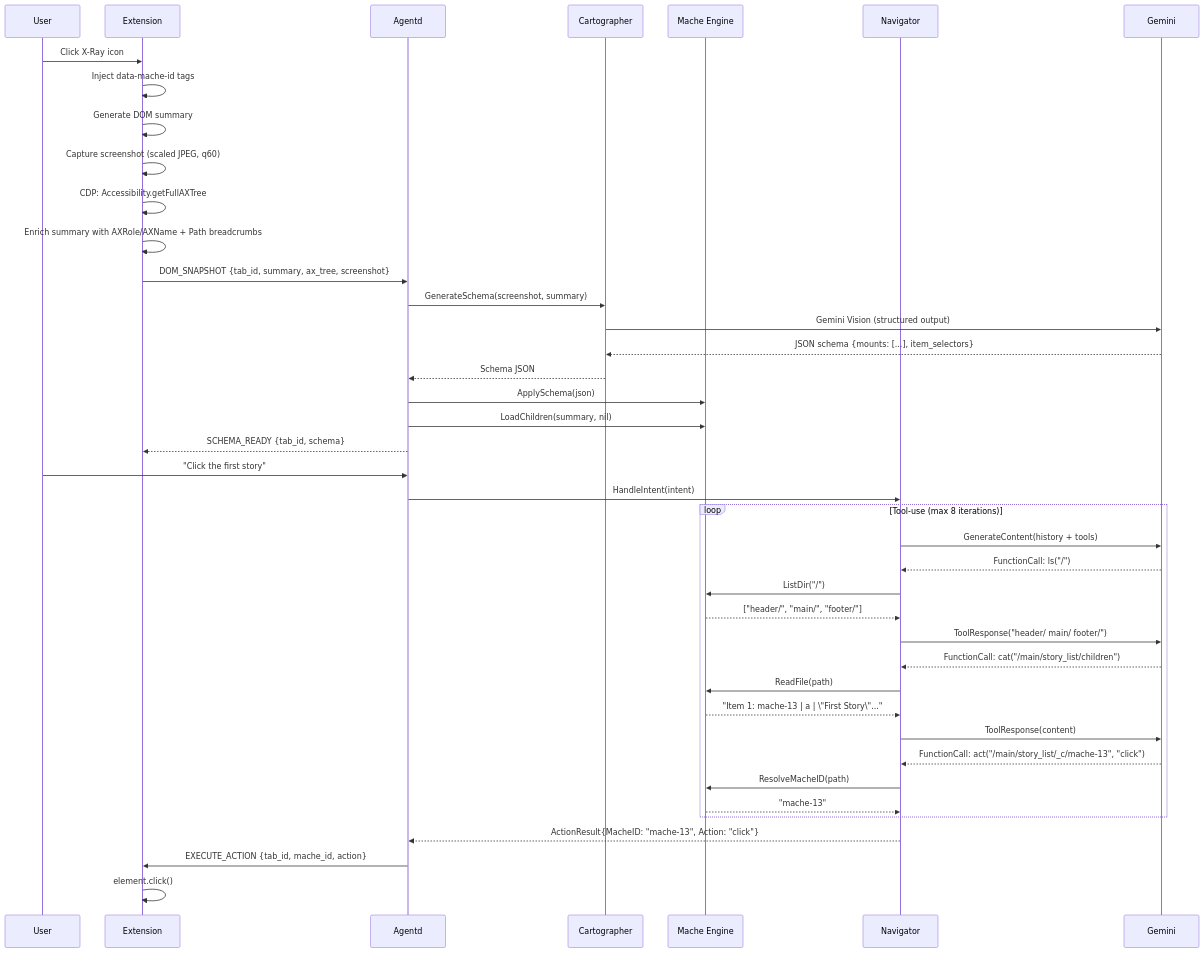
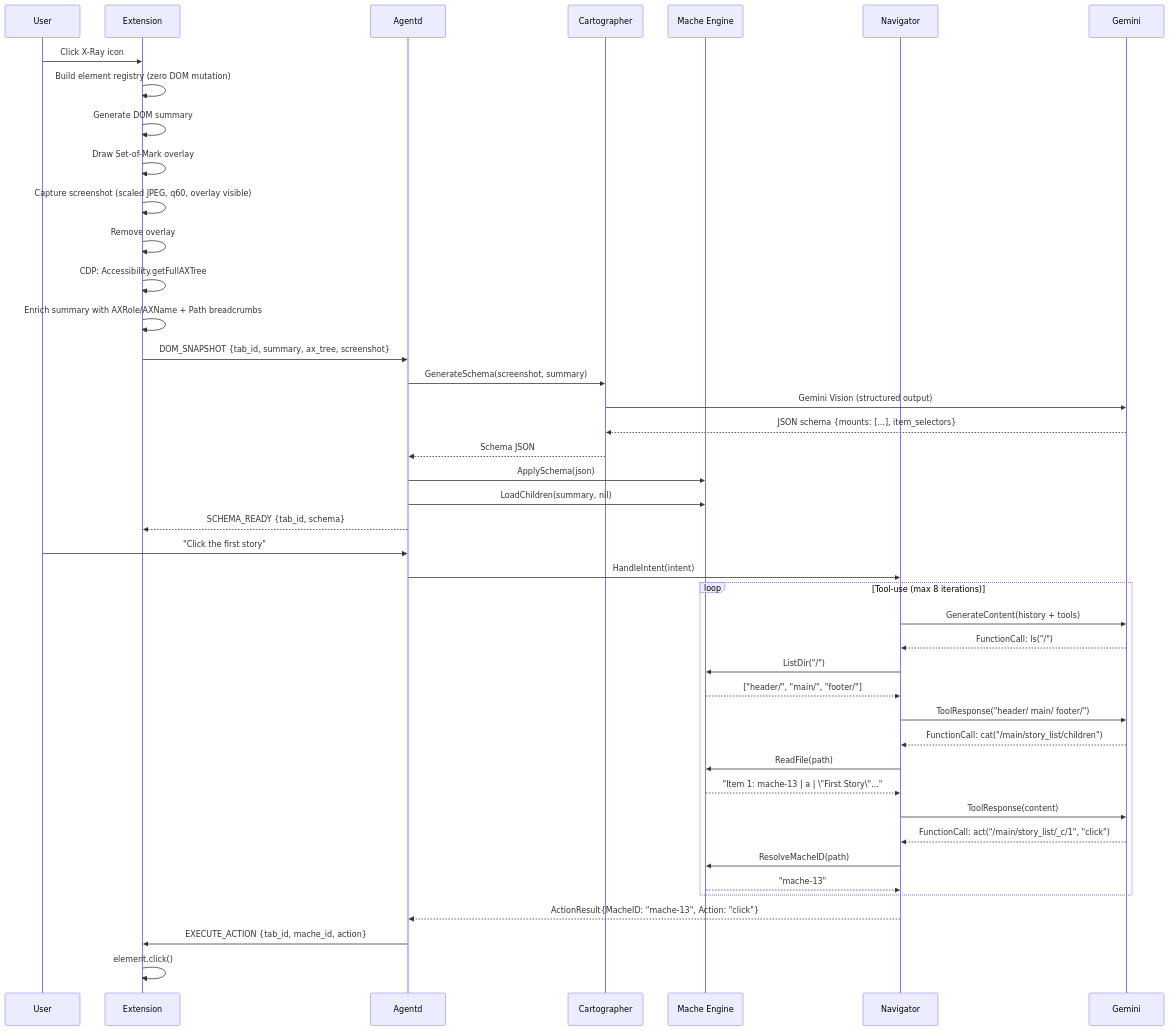
The second of 5 diagrams in docs/ARCHITECTURE.md (agentic-research/x-ray), drawn with Mermaid before and after one commit. The commit also changed other lines of this file and 8 other files, not shown here.

````diff
--- a/docs/ARCHITECTURE.md
+++ b/docs/ARCHITECTURE.md
@@ -54,51 +54,53 @@
 ```mermaid
 sequenceDiagram
     participant U as User
     participant E as Extension
     participant A as Agentd
     participant C as Cartographer
     participant M as Mache Engine
     participant N as Navigator
     participant G as Gemini
 
     U->>E: Click X-Ray icon
-    E->>E: Inject data-mache-id tags
+    E->>E: Build element registry (zero DOM mutation)
     E->>E: Generate DOM summary
-    E->>E: Capture screenshot (scaled JPEG, q60)
+    E->>E: Draw Set-of-Mark overlay
+    E->>E: Capture screenshot (scaled JPEG, q60, overlay visible)
+    E->>E: Remove overlay
     E->>E: CDP: Accessibility.getFullAXTree
     E->>E: Enrich summary with AXRole/AXName + Path breadcrumbs
     E->>A: DOM_SNAPSHOT {tab_id, summary, ax_tree, screenshot}
 
     A->>C: GenerateSchema(screenshot, summary)
     C->>G: Gemini Vision (structured output)
     G-->>C: JSON schema {mounts: [...], item_selectors}
     C-->>A: Schema JSON
 
     A->>M: ApplySchema(json)
     A->>M: LoadChildren(summary, nil)
     A-->>E: SCHEMA_READY {tab_id, schema}
 
     U->>A: "Click the first story"
     A->>N: HandleIntent(intent)
 
     loop Tool-use (max 8 iterations)
         N->>G: GenerateContent(history + tools)
         G-->>N: FunctionCall: ls("/")
         N->>M: ListDir("/")
         M-->>N: ["header/", "main/", "footer/"]
         N->>G: ToolResponse("header/ main/ footer/")
 
         G-->>N: FunctionCall: cat("/main/story_list/children")
         N->>M: ReadFile(path)
         M-->>N: "Item 1: mache-13 | a | \"First Story\"..."
         N->>G: ToolResponse(content)
 
-        G-->>N: FunctionCall: act("/main/story_list/_c/mache-13", "click")
+        G-->>N: FunctionCall: act("/main/story_list/_c/1", "click")
         N->>M: ResolveMacheID(path)
         M-->>N: "mache-13"
     end
 
     N-->>A: ActionResult{MacheID: "mache-13", Action: "click"}
     A->>E: EXECUTE_ACTION {tab_id, mache_id, action}
     E->>E: element.click()
 ```
````
